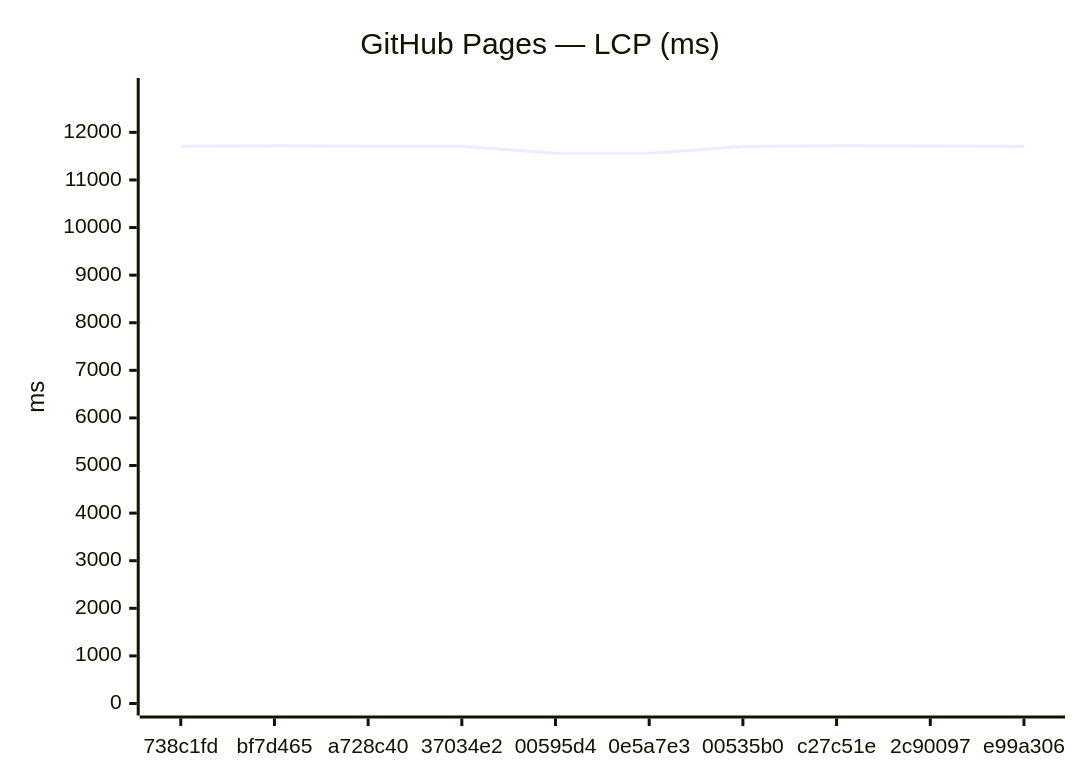
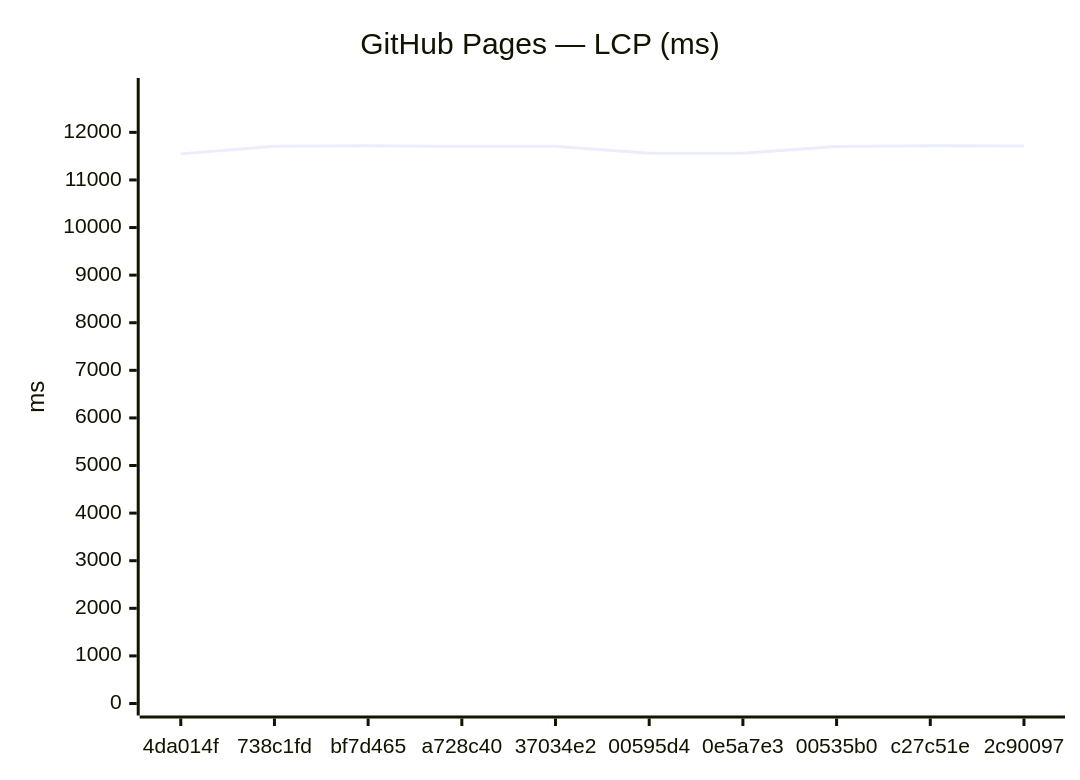
Before and after one commit to Metaheurist/Rianell: the third of 24 diagrams in benchmarks/compare.md, drawn with Mermaid. The commit also changed other lines of this file and 13 other files, not shown here.

````diff
--- a/benchmarks/compare.md
+++ b/benchmarks/compare.md
@@ -54,7 +54,7 @@
 ```mermaid
 xychart-beta
     title "GitHub Pages — LCP (ms)"
-    x-axis ["738c1fd", "bf7d465", "a728c40", "37034e2", "00595d4", "0e5a7e3", "00535b0", "c27c51e", "2c90097", "e99a306"]
+    x-axis ["4da014f", "738c1fd", "bf7d465", "a728c40", "37034e2", "00595d4", "0e5a7e3", "00535b0", "c27c51e", "2c90097"]
     y-axis "ms" 0 --> 12890
-    line [11710, 11718, 11707, 11710, 11560, 11561, 11705, 11718, 11715, 11701]
+    line [11548, 11710, 11718, 11707, 11710, 11560, 11561, 11705, 11718, 11715]
 ```
````
